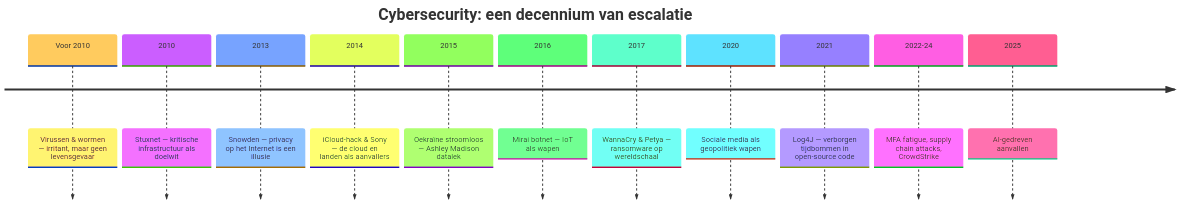
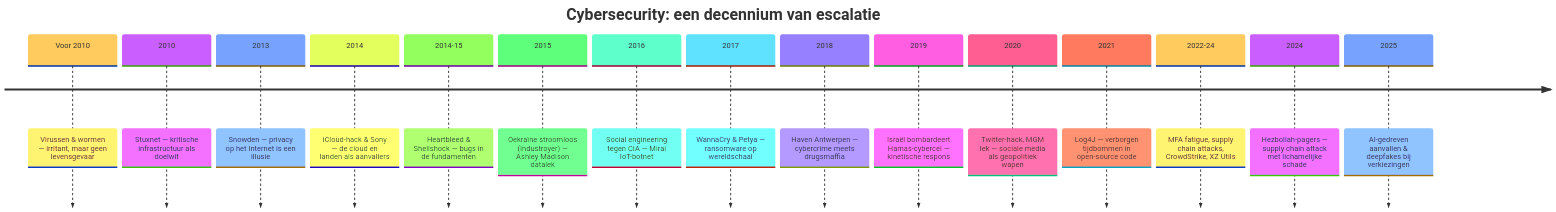
One commit to timdams/cyberboswachters_boek changed the first of 4 diagrams in cyberboswachters/slides/wordtheterger.qmd. Above: the diagram before and after it, drawn with Mermaid. The commit also changed other lines of this file and 31 other files, not shown here.

````diff
--- a/cyberboswachters/slides/wordtheterger.qmd
+++ b/cyberboswachters/slides/wordtheterger.qmd
@@ -28,16 +28,20 @@
 ```{mermaid}
 %%{init: {"theme": "base", "timeline": {"useMaxWidth": true}} }%%
 timeline
     title Cybersecurity: een decennium van escalatie
     Voor 2010 : Virussen & wormen — irritant, maar geen levensgevaar
     2010 : Stuxnet — kritische infrastructuur als doelwit
     2013 : Snowden — privacy op het Internet is een illusie
     2014 : iCloud-hack & Sony — de cloud en landen als aanvallers
-    2015 : Oekraïne stroomloos — Ashley Madison datalek
-    2016 : Mirai botnet — IoT als wapen
+    2014-15 : Heartbleed & Shellshock — bugs in de fundamenten
+    2015 : Oekraïne stroomloos (Industroyer) — Ashley Madison datalek
+    2016 : Social engineering tegen CIA — Mirai IoT-botnet
     2017 : WannaCry & Petya — ransomware op wereldschaal
-    2020 : Sociale media als geopolitiek wapen
+    2018 : Haven Antwerpen — cybercrime meets drugsmaffia
+    2019 : Israël bombardeert Hamas-cybercel — kinetische respons
+    2020 : Twitter-hack, MGM lek — sociale media als geopolitiek wapen
     2021 : Log4J — verborgen tijdbommen in open-source code
-    2022-24 : MFA fatigue, supply chain attacks, CrowdStrike
-    2025 : AI-gedreven aanvallen
+    2022-24 : MFA fatigue, supply chain attacks, CrowdStrike, XZ Utils
+    2024 : Hezbollah-pagers — supply chain attack met lichamelijke schade
+    2025 : AI-gedreven aanvallen & deepfakes bij verkiezingen
 ```
````
